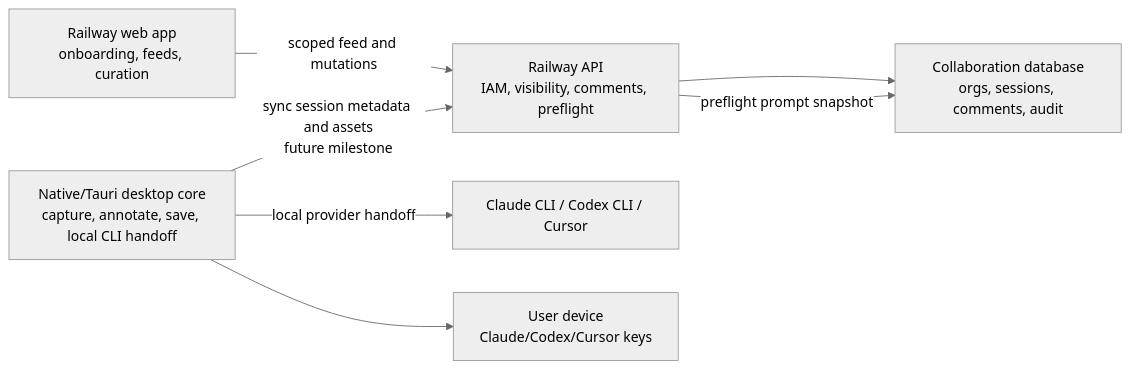
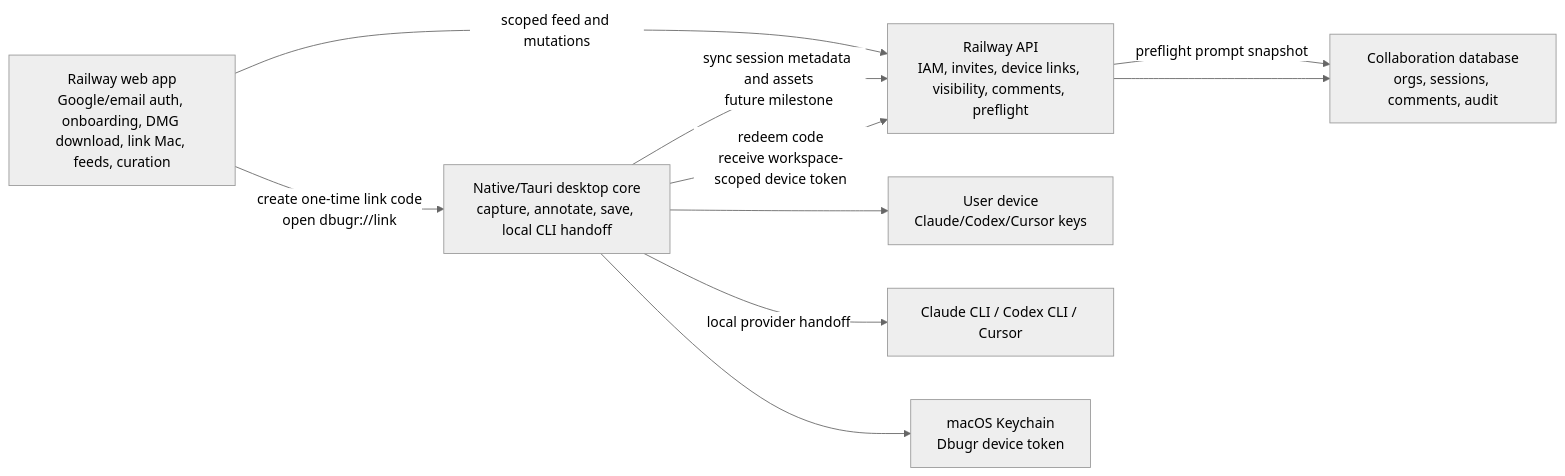
One commit to kuma0177/dbugr_ai changed the diagram in docs/phase-roadmap-and-architecture.md. Above: the diagram before and after it, drawn with Mermaid (neutral theme). The commit also changed other lines of this file and 2 other files, not shown here.

Commit message:
Document web-to-Mac account linking flow

````diff
--- a/docs/phase-roadmap-and-architecture.md
+++ b/docs/phase-roadmap-and-architecture.md
@@ -351,16 +353,20 @@
 ```mermaid
 flowchart LR
   Desktop["Native/Tauri desktop core\ncapture, annotate, save, local CLI handoff"]
-  Web["Railway web app\nonboarding, feeds, curation"]
-  API["Railway API\nIAM, visibility, comments, preflight"]
+  Web["Railway web app\nGoogle/email auth, onboarding, DMG download, link Mac, feeds, curation"]
+  API["Railway API\nIAM, invites, device links, visibility, comments, preflight"]
   DB["Collaboration database\norgs, sessions, comments, audit"]
   LocalKeys["User device\nClaude/Codex/Cursor keys"]
   Providers["Claude CLI / Codex CLI / Cursor"]
+  Keychain["macOS Keychain\nDbugr device token"]
 
+  Web -->|"create one-time link code\nopen dbugr://link"| Desktop
+  Desktop -->|"redeem code\nreceive workspace-scoped device token"| API
+  Desktop --> Keychain
   Desktop -->|"sync session metadata and assets\nfuture milestone"| API
   Desktop -->|"local provider handoff"| Providers
   Desktop --> LocalKeys
   Web -->|"scoped feed and mutations"| API
   API --> DB
   API -->|"preflight prompt snapshot"| DB
 ```
````
